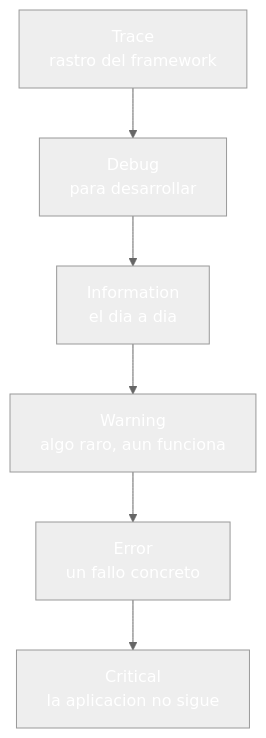
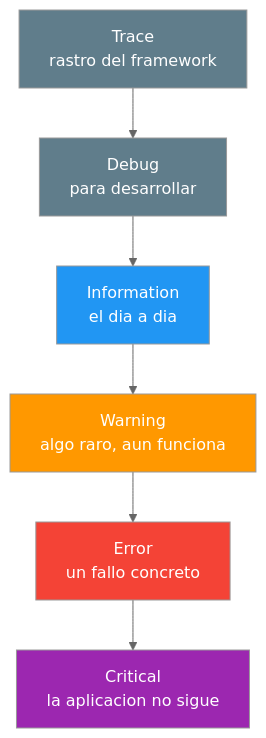
The fifth of 6 diagrams in 23-herramientas-debug.md (joseluisgs/DesarrolloWebEntornosServidor-03-2026-2027), drawn with Mermaid (neutral theme) before and after one commit. The commit also changed other lines of this file and 25 other files, not shown here.

Commit message:
docs: corregir los estilos Mermaid de los temas y alinear el dominio del tema 25 con ProductosApp

````diff
--- a/23-herramientas-debug.md
+++ b/23-herramientas-debug.md
@@ -246,14 +246,14 @@
 ```mermaid
 graph TD
     T["Trace<br/>rastro del framework"] --> D["Debug<br/>para desarrollar"]
     D --> I["Information<br/>el dia a dia"]
     I --> W["Warning<br/>algo raro, aun funciona"]
     W --> E["Error<br/>un fallo concreto"]
     E --> C["Critical<br/>la aplicacion no sigue"]
-    style T fill:#607D8,color:#fffB,color:#fff
-    style D fill:#607D8,color:#fffB,color:#fff
-    style I fill:#2196F,color:#fff3,color:#fff
-    style W fill:#FF980,color:#fff0,color:#fff
-    style E fill:#f4433,color:#fff6,color:#fff
-    style C fill:#9C27B,color:#fff0,color:#fff
+    style T fill:#607D8B,color:#fff
+    style D fill:#607D8B,color:#fff
+    style I fill:#2196F3,color:#fff
+    style W fill:#FF9800,color:#fff
+    style E fill:#f44336,color:#fff
+    style C fill:#9C27B0,color:#fff
 ```
````
